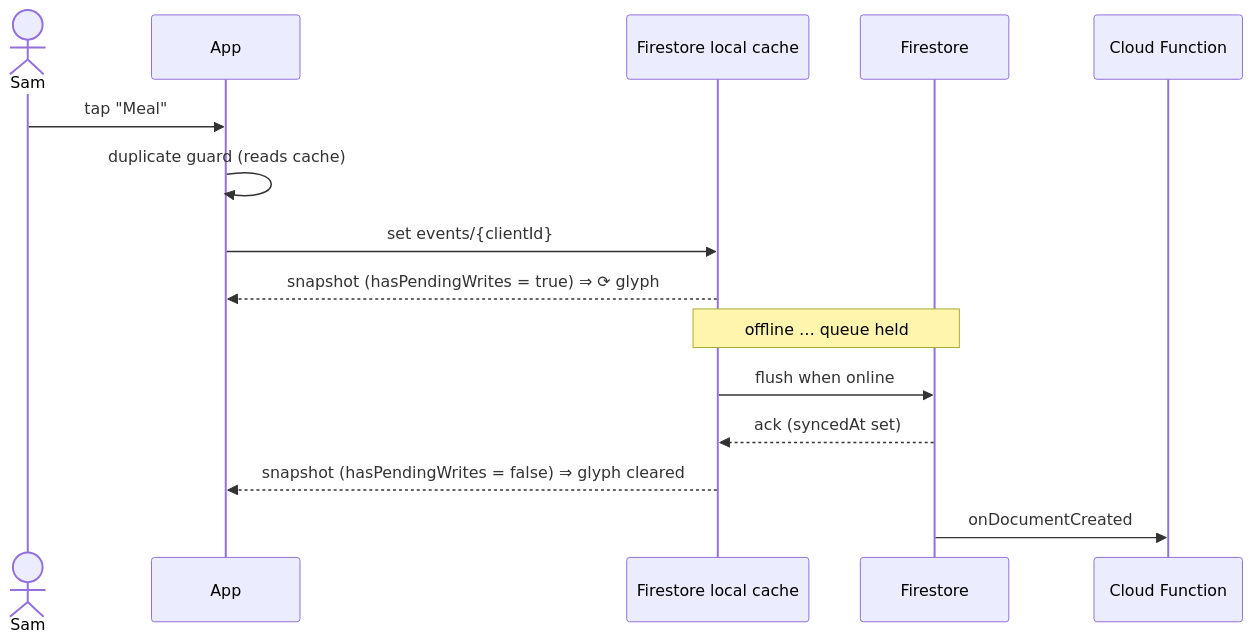
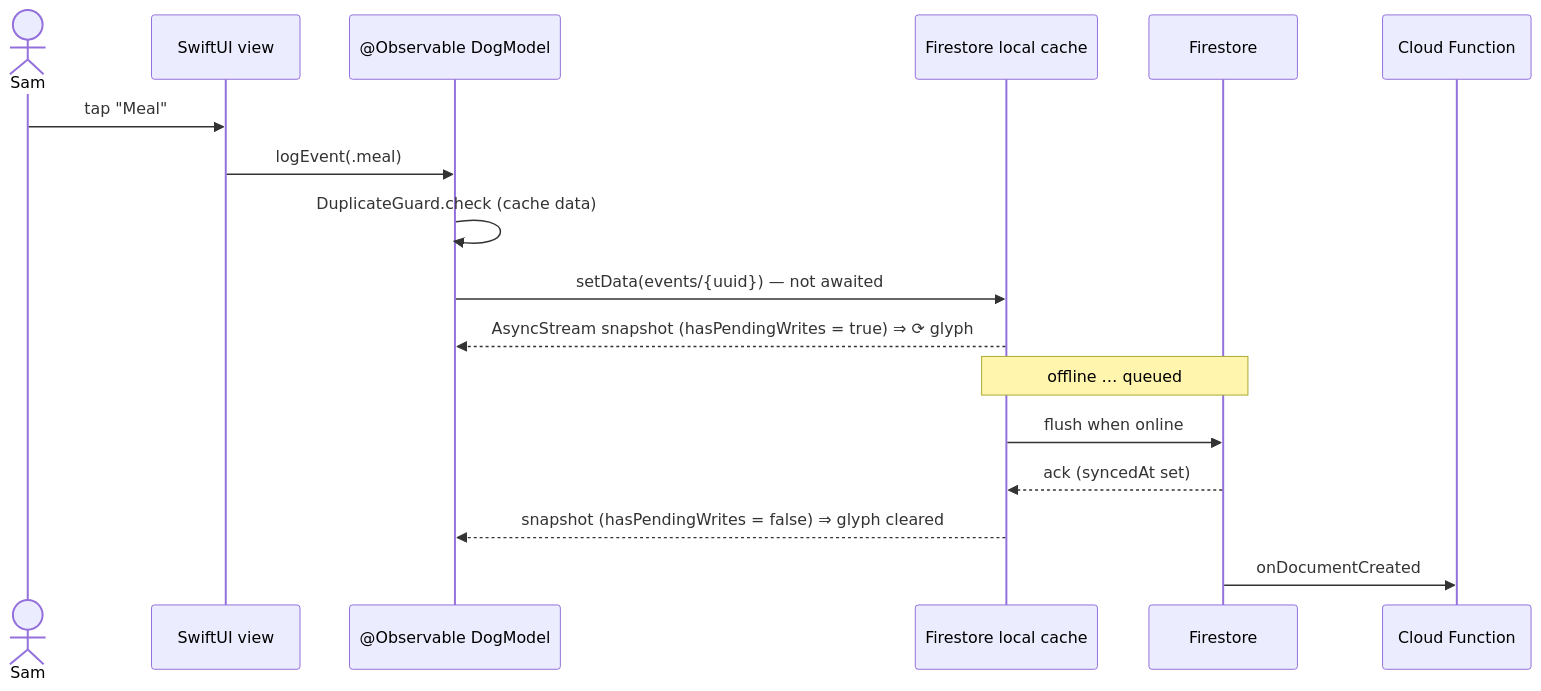
Before and after one commit to fiveSpeedMazdarati/Dog-Trackin-KMP: the second of 5 diagrams in docs/implementation-plan.md, drawn with Mermaid. The commit also changed other lines of this file and 21 other files, not shown here.

````diff
--- a/docs/implementation-plan.md
+++ b/docs/implementation-plan.md
@@ -84,17 +75,19 @@
 ```mermaid
 sequenceDiagram
   actor Sam
-  participant App
+  participant UI as SwiftUI view
+  participant M as @Observable DogModel
   participant Cache as Firestore local cache
   participant Server as Firestore
   participant Fn as Cloud Function
-  Sam->>App: tap "Meal"
-  App->>App: duplicate guard (reads cache)
-  App->>Cache: set events/{clientId}
-  Cache-->>App: snapshot (hasPendingWrites = true) ⇒ ⟳ glyph
-  Note over Cache,Server: offline … queue held
+  Sam->>UI: tap "Meal"
+  UI->>M: logEvent(.meal)
+  M->>M: DuplicateGuard.check (cache data)
+  M->>Cache: setData(events/{uuid}) — not awaited
+  Cache-->>M: AsyncStream snapshot (hasPendingWrites = true) ⇒ ⟳ glyph
+  Note over Cache,Server: offline … queued
   Cache->>Server: flush when online
   Server-->>Cache: ack (syncedAt set)
-  Cache-->>App: snapshot (hasPendingWrites = false) ⇒ glyph cleared
+  Cache-->>M: snapshot (hasPendingWrites = false) ⇒ glyph cleared
   Server->>Fn: onDocumentCreated
 ```
````
